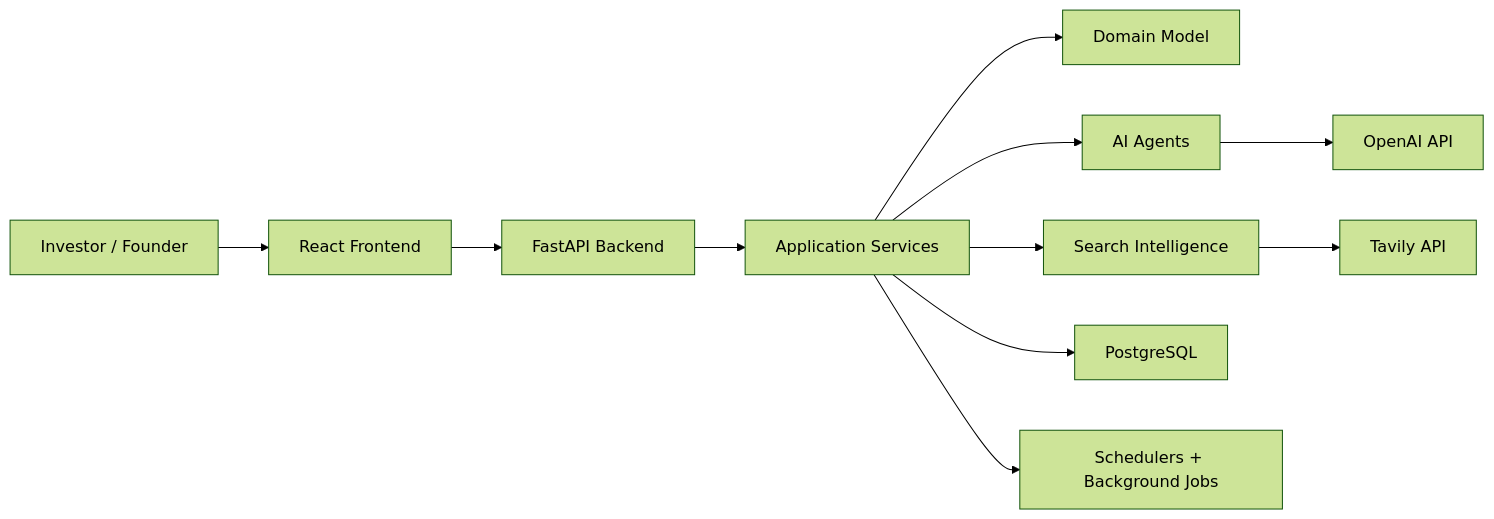
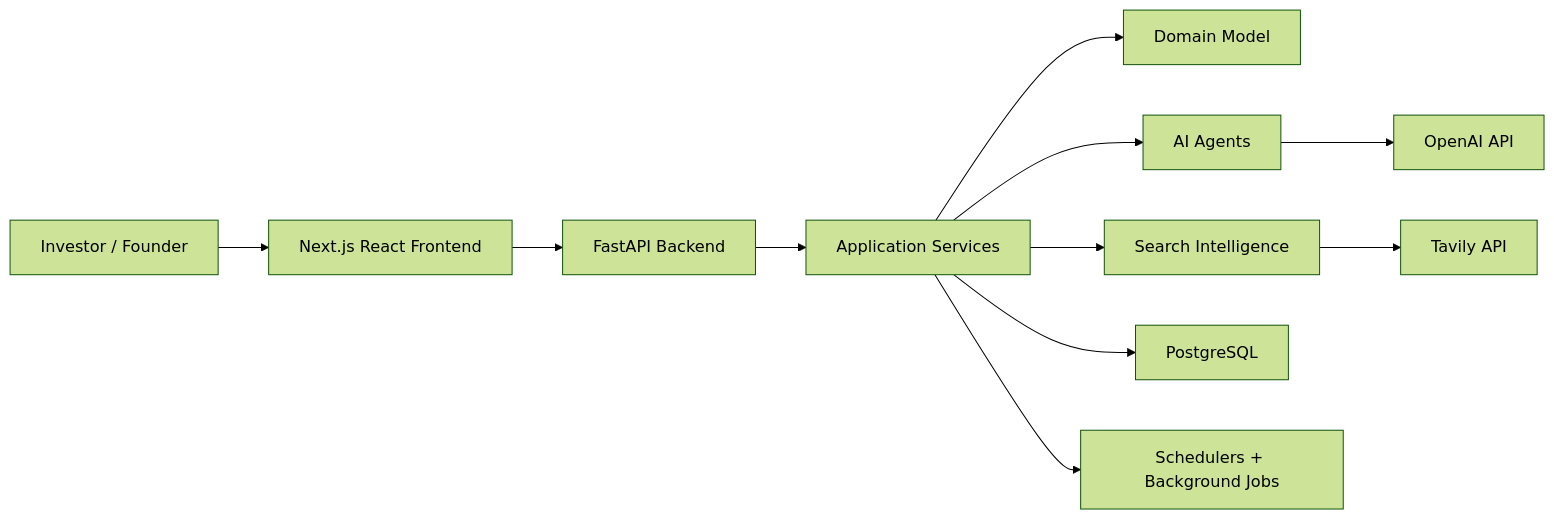
One commit to arachknight66/The_VC_Brain changed the third of 5 diagrams in ARCHITECTURE.md. Above: the diagram before and after it, drawn with Mermaid (forest theme). The commit also changed other lines of this file and 41 other files, not shown here.

Commit message:
refactor: migrate frontend from Vite to Next.js and initialize core application pages and added Tavily

````diff
--- a/ARCHITECTURE.md
+++ b/ARCHITECTURE.md
@@ -81,13 +81,13 @@
 ```mermaid
 flowchart LR
-    User["Investor / Founder"] --> FE["React Frontend"]
+    User["Investor / Founder"] --> FE["Next.js React Frontend"]
     FE --> API["FastAPI Backend"]
     API --> App["Application Services"]
     App --> Domain["Domain Model"]
     App --> Agents["AI Agents"]
     App --> Search["Search Intelligence"]
     App --> DB["PostgreSQL"]
     Agents --> OpenAI["OpenAI API"]
     Search --> Tavily["Tavily API"]
     App --> Jobs["Schedulers + Background Jobs"]
 ```
````
